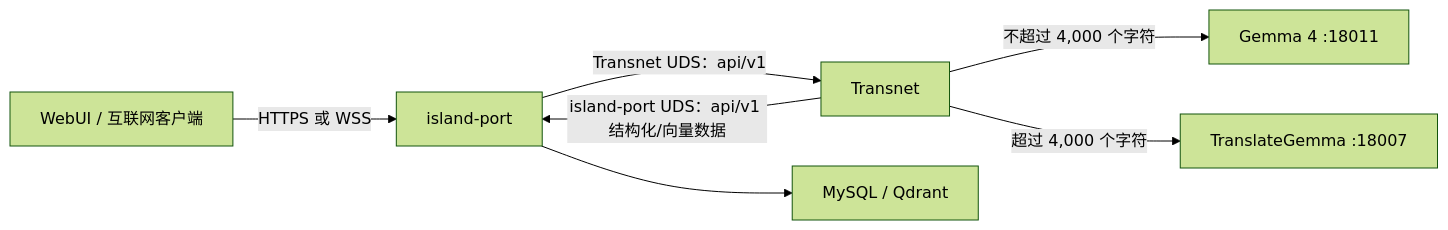
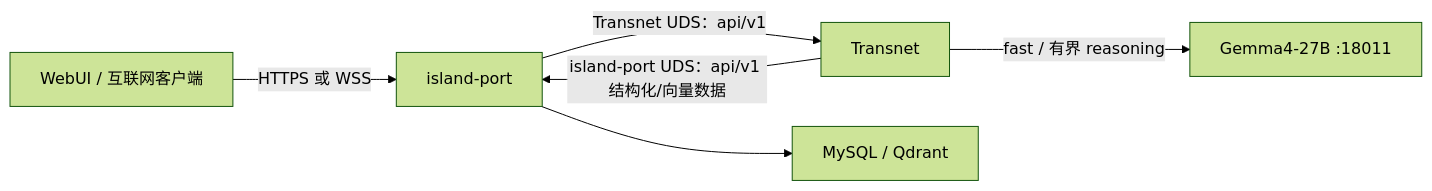
One commit to Ashex-x/Transnet changed the diagram in README_cn.md. Above: the diagram before and after it, drawn with Mermaid (forest theme). The commit also changed other lines of this file and 66 other files, not shown here.

````diff
--- a/README_cn.md
+++ b/README_cn.md
@@ -22,9 +22,8 @@
 ```mermaid
 flowchart LR
   client["WebUI / 互联网客户端"] -->|"HTTPS 或 WSS"| island["island-port"]
   island -->|"Transnet UDS：api/v1"| service["Transnet"]
   service -->|"island-port UDS：api/v1 结构化/向量数据"| island
   island --> databases["MySQL / Qdrant"]
-  service -->|"不超过 4,000 个字符"| gemma4["Gemma 4 :18011"]
-  service -->|"超过 4,000 个字符"| translate["TranslateGemma :18007"]
+  service -->|"fast / 有界 reasoning"| gemma4["Gemma4-27B :18011"]
 ```
````
